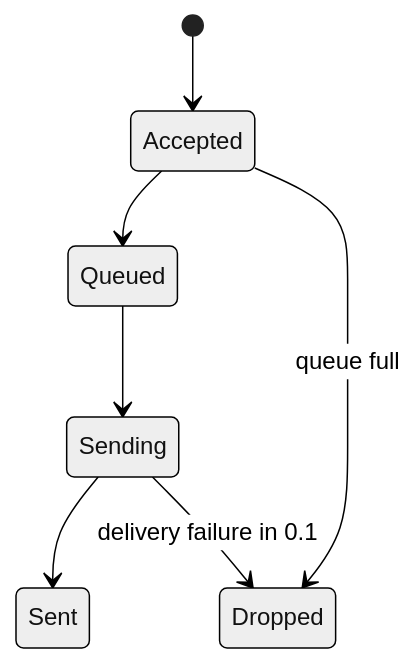
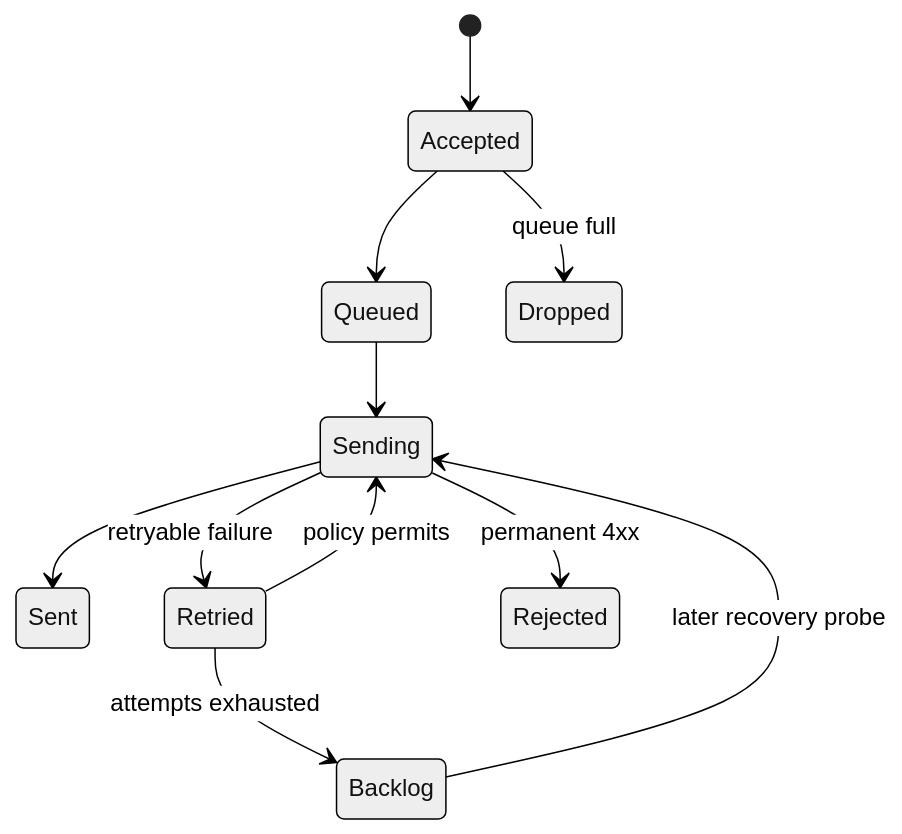
The diagram in docs/modules/async-queue.md (antoniojefferson/chronos-ruby), drawn with Mermaid (neutral theme) before and after one commit. The commit also changed other lines of this file and 50 other files, not shown here.

````diff
--- a/docs/modules/async-queue.md
+++ b/docs/modules/async-queue.md
@@ -7,9 +7,13 @@
 ```mermaid
 stateDiagram-v2
   [*] --> Accepted
   Accepted --> Queued
   Queued --> Sending
   Sending --> Sent
-  Sending --> Dropped: delivery failure in 0.1
+  Sending --> Retried: retryable failure
+  Retried --> Sending: policy permits
+  Retried --> Backlog: attempts exhausted
+  Backlog --> Sending: later recovery probe
+  Sending --> Rejected: permanent 4xx
   Accepted --> Dropped: queue full
 ```
````
